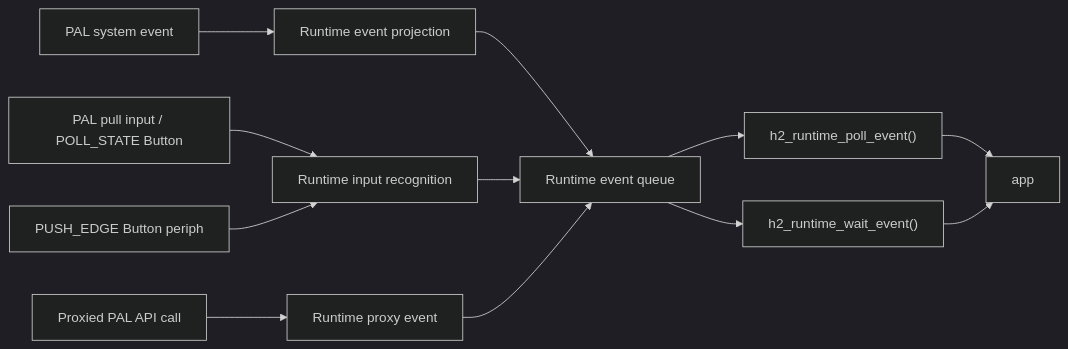
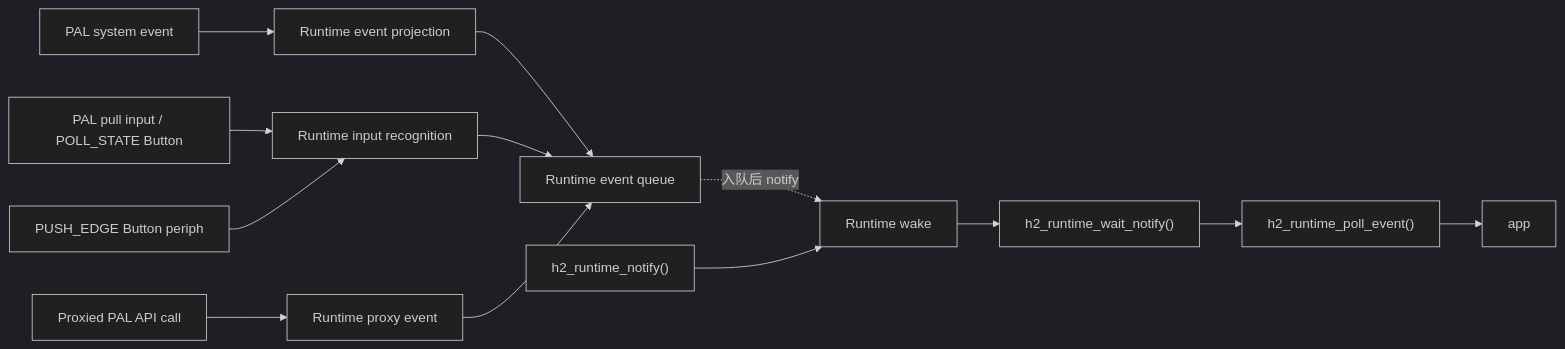
One commit to GizClaw/gizos changed the third of 3 diagrams in guides/zh/developing/runtime.md. Above: the diagram before and after it, drawn with Mermaid (dark theme). The commit also changed other lines of this file and 14 other files, not shown here.

````diff
--- a/guides/zh/developing/runtime.md
+++ b/guides/zh/developing/runtime.md
@@ -189,14 +189,15 @@
 ```mermaid
 flowchart LR
     PalEvent["PAL system event"] --> Projection["Runtime event projection"]
     PullInput["PAL pull input / POLL_STATE Button"] --> Recognition["Runtime input recognition"]
     PushInput["PUSH_EDGE Button periph"] --> Recognition
     ProxyCall["Proxied PAL API call"] --> ProxyEvent["Runtime proxy event"]
     Projection --> Queue["Runtime event queue"]
     Recognition --> Queue
     ProxyEvent --> Queue
-    Queue --> Poll["h2_runtime_poll_event()"]
-    Queue --> Wait["h2_runtime_wait_event()"]
+    Queue -. "入队后 notify" .-> Wake["Runtime wake"]
+    Library["h2_runtime_notify()"] --> Wake
+    Wake --> Wait["h2_runtime_wait_notify()"]
+    Wait --> Poll["h2_runtime_poll_event()"]
     Poll --> App["app"]
-    Wait --> App
 ```
````
